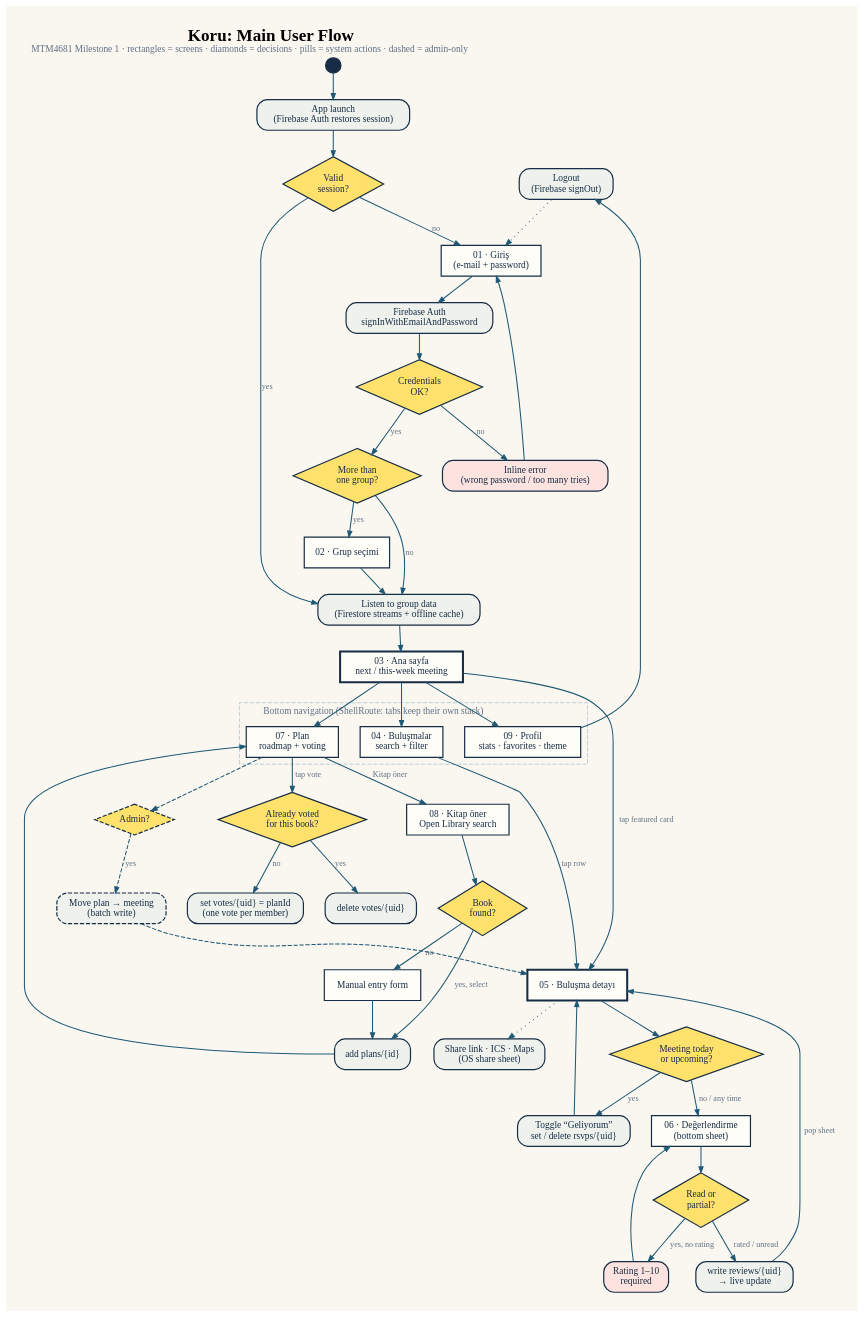
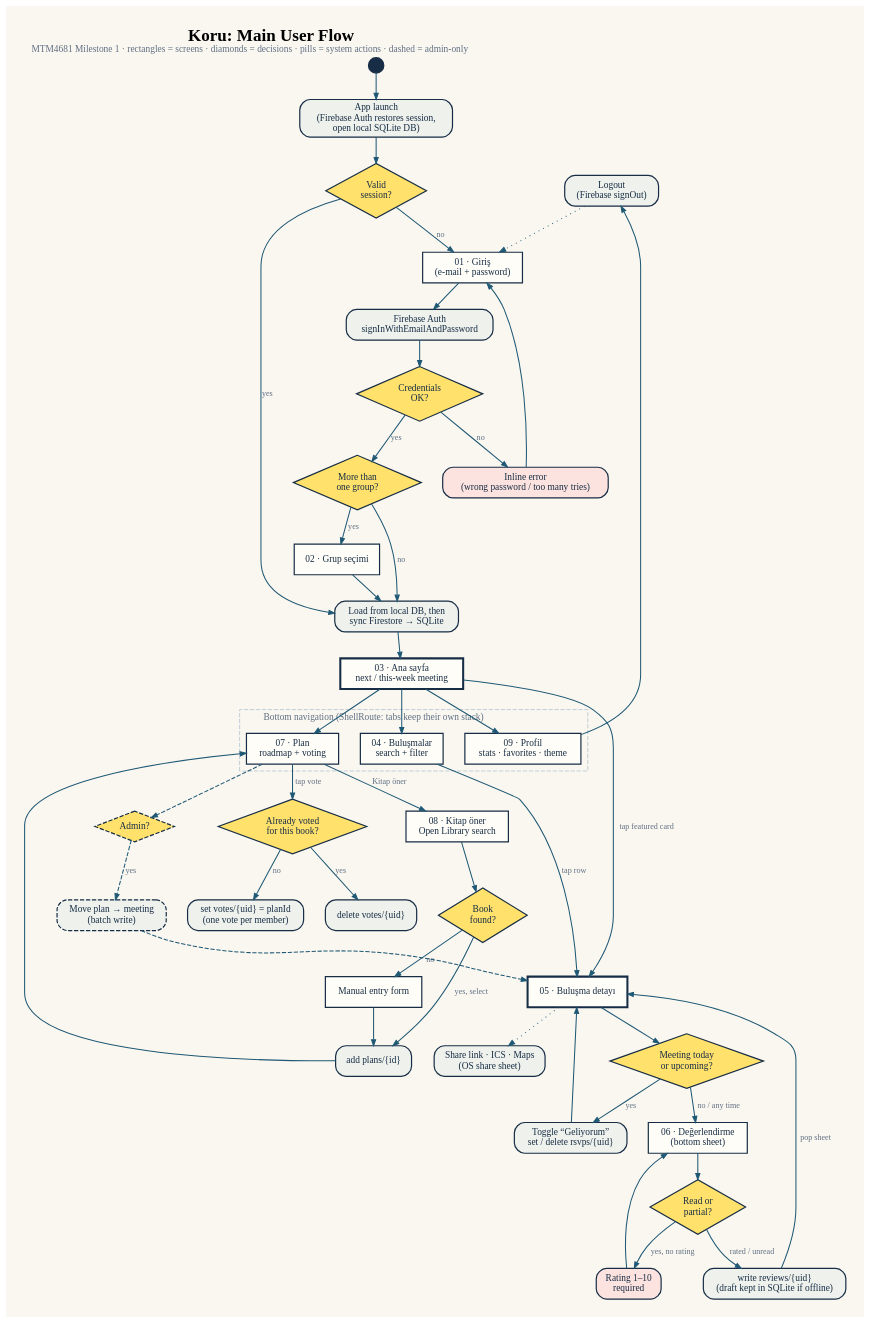
One commit to muhammetkeremaydin/koru-mobile-app changed the diagram in docs/src/userflow.dot. Above: the diagram before and after it, drawn with Graphviz. The commit also changed 5 other files, not shown here.

Commit message:
docs: add local SQLite database design (accounts, favorites, meeting history)

```diff
--- a/docs/src/userflow.dot
+++ b/docs/src/userflow.dot
@@ -1,85 +1,85 @@
 digraph userflow {
   graph [rankdir=TB, bgcolor="#f9f7f0", fontname="Bricolage Grotesque", nodesep=0.35, ranksep=0.42, pad=0.3,
          label=<<FONT POINT-SIZE="20"><B>Koru: Main User Flow</B></FONT><BR/><FONT POINT-SIZE="11" COLOR="#617083">MTM4681 Milestone 1 · rectangles = screens · diamonds = decisions · pills = system actions · dashed = admin-only</FONT>>,
          labelloc=t, labeljust=l];
   node [fontname="Literata", fontsize=11, color="#172d45", fontcolor="#172d45", penwidth=1.4];
   edge [fontname="Literata", fontsize=9.5, color="#1f5874", fontcolor="#617083", arrowsize=0.7, penwidth=1.2];
 
   start  [shape=circle, label="", width=0.25, style=filled, fillcolor="#172d45"];
-  launch [shape=box, style="rounded,filled", fillcolor="#eef1ec", label="App launch\n(Firebase Auth restores session)"];
+  launch [shape=box, style="rounded,filled", fillcolor="#eef1ec", label="App launch\n(Firebase Auth restores session,\nopen local SQLite DB)"];
   dSess  [shape=diamond, style=filled, fillcolor="#ffe16b", label="Valid\nsession?"];
   login  [shape=box, style=filled, fillcolor="#fffdf7", label="01 · Giriş\n(e-mail + password)"];
   apiLogin [shape=box, style="rounded,filled", fillcolor="#eef1ec", label="Firebase Auth\nsignInWithEmailAndPassword"];
   dOk    [shape=diamond, style=filled, fillcolor="#ffe16b", label="Credentials\nOK?"];
   err    [shape=box, style="rounded,filled", fillcolor="#fde3df", label="Inline error\n(wrong password / too many tries)"];
   dGroups[shape=diamond, style=filled, fillcolor="#ffe16b", label="More than\none group?"];
   group  [shape=box, style=filled, fillcolor="#fffdf7", label="02 · Grup seçimi"];
-  load   [shape=box, style="rounded,filled", fillcolor="#eef1ec", label="Listen to group data\n(Firestore streams + offline cache)"];
+  load   [shape=box, style="rounded,filled", fillcolor="#eef1ec", label="Load from local DB, then\nsync Firestore → SQLite"];
   home   [shape=box, style=filled, fillcolor="#fffdf7", penwidth=2.4, label="03 · Ana sayfa\nnext / this-week meeting"];
 
   subgraph cluster_tabs {
     label="Bottom navigation (ShellRoute: tabs keep their own stack)"; fontname="Bricolage Grotesque"; fontsize=11;
     style="dashed"; color="#b9c7d4"; fontcolor="#617083";
     archive [shape=box, style=filled, fillcolor="#fffdf7", label="04 · Buluşmalar\nsearch + filter"];
     plan    [shape=box, style=filled, fillcolor="#fffdf7", label="07 · Plan\nroadmap + voting"];
     profile [shape=box, style=filled, fillcolor="#fffdf7", label="09 · Profil\nstats · favorites · theme"];
   }
 
   meeting [shape=box, style=filled, fillcolor="#fffdf7", penwidth=2.4, label="05 · Buluşma detayı"];
   dFuture [shape=diamond, style=filled, fillcolor="#ffe16b", label="Meeting today\nor upcoming?"];
   rsvp    [shape=box, style="rounded,filled", fillcolor="#eef1ec", label="Toggle “Geliyorum”\nset / delete rsvps/{uid}"];
   review  [shape=box, style=filled, fillcolor="#fffdf7", label="06 · Değerlendirme\n(bottom sheet)"];
   dStatus [shape=diamond, style=filled, fillcolor="#ffe16b", label="Read or\npartial?"];
   needRate[shape=box, style="rounded,filled", fillcolor="#fde3df", label="Rating 1–10\nrequired"];
-  save    [shape=box, style="rounded,filled", fillcolor="#eef1ec", label="write reviews/{uid}\n→ live update"];
+  save    [shape=box, style="rounded,filled", fillcolor="#eef1ec", label="write reviews/{uid}\n(draft kept in SQLite if offline)"];
   share   [shape=box, style="rounded,filled", fillcolor="#eef1ec", label="Share link · ICS · Maps\n(OS share sheet)"];
 
   dVote   [shape=diamond, style=filled, fillcolor="#ffe16b", label="Already voted\nfor this book?"];
   vote    [shape=box, style="rounded,filled", fillcolor="#eef1ec", label="set votes/{uid} = planId\n(one vote per member)"];
   unvote  [shape=box, style="rounded,filled", fillcolor="#eef1ec", label="delete votes/{uid}"];
   addbook [shape=box, style=filled, fillcolor="#fffdf7", label="08 · Kitap öner\nOpen Library search"];
   dFound  [shape=diamond, style=filled, fillcolor="#ffe16b", label="Book\nfound?"];
   manual  [shape=box, style=filled, fillcolor="#fffdf7", label="Manual entry form"];
   createPlan [shape=box, style="rounded,filled", fillcolor="#eef1ec", label="add plans/{id}"];
   dAdmin  [shape=diamond, style="filled,dashed", fillcolor="#ffe16b", label="Admin?"];
   toMeeting [shape=box, style="rounded,filled,dashed", fillcolor="#eef1ec", label="Move plan → meeting\n(batch write)"];
 
   logout  [shape=box, style="rounded,filled", fillcolor="#eef1ec", label="Logout\n(Firebase signOut)"];
 
   start -> launch -> dSess;
   dSess -> login [label="no"];
   dSess -> load  [label="yes"];
   login -> apiLogin -> dOk;
   dOk -> err [label="no"]; err -> login;
   dOk -> dGroups [label="yes"];
   dGroups -> group [label="yes"]; group -> load;
   dGroups -> load [label="no"];
   load -> home;
 
   home -> meeting [label="tap featured card"];
   home -> archive; home -> plan; home -> profile;
   archive -> meeting [label="tap row"];
 
   meeting -> dFuture;
   dFuture -> rsvp [label="yes"];
   dFuture -> review [label="no / any time"];
   meeting -> share [style=dotted];
   review -> dStatus;
   dStatus -> needRate [label="yes, no rating"]; needRate -> review;
   dStatus -> save [label="rated / unread"];
   save -> meeting [label="pop sheet"];
   rsvp -> meeting;
 
   plan -> dVote [label="tap vote"];
   dVote -> unvote [label="yes"]; dVote -> vote [label="no"];
   plan -> addbook [label="Kitap öner"];
   addbook -> dFound;
   dFound -> createPlan [label="yes, select"];
   dFound -> manual [label="no"]; manual -> createPlan;
   createPlan -> plan;
   plan -> dAdmin [style=dashed];
   dAdmin -> toMeeting [label="yes", style=dashed];
   toMeeting -> meeting [style=dashed];
 
   profile -> logout; logout -> login [style=dotted];
 }
```
